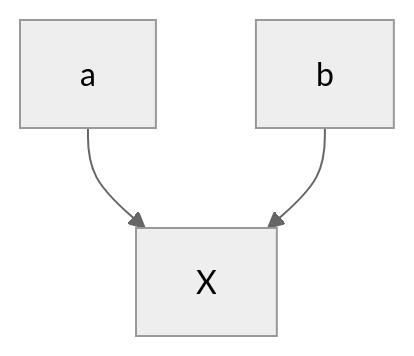
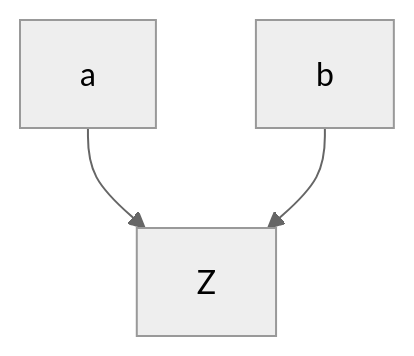
The fourth of 5 diagrams in causal graph basics.md (cobleg/CausalGraphs), drawn with Mermaid (neutral theme) before and after one commit. The commit also changed other lines of this file, not shown here.

````diff
--- a/causal graph basics.md
+++ b/causal graph basics.md
@@ -32,5 +32,5 @@
 ```mermaid
 graph TD;
-	a --> X;
-	b --> X;
+	a --> Z;
+	b --> Z;
 ```
````
